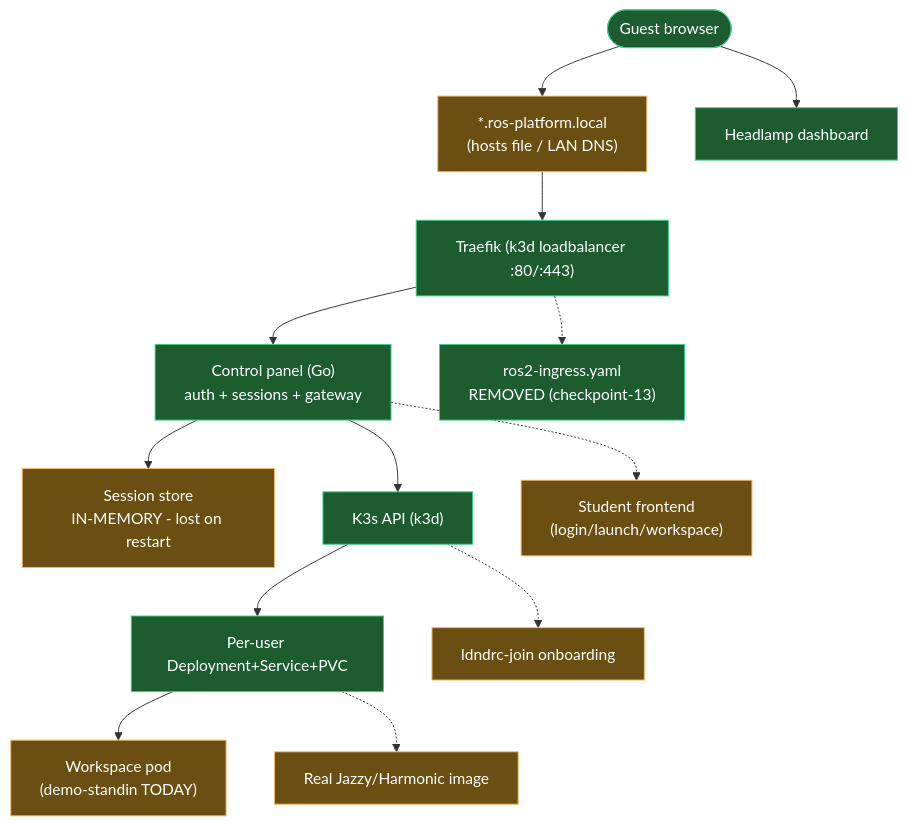
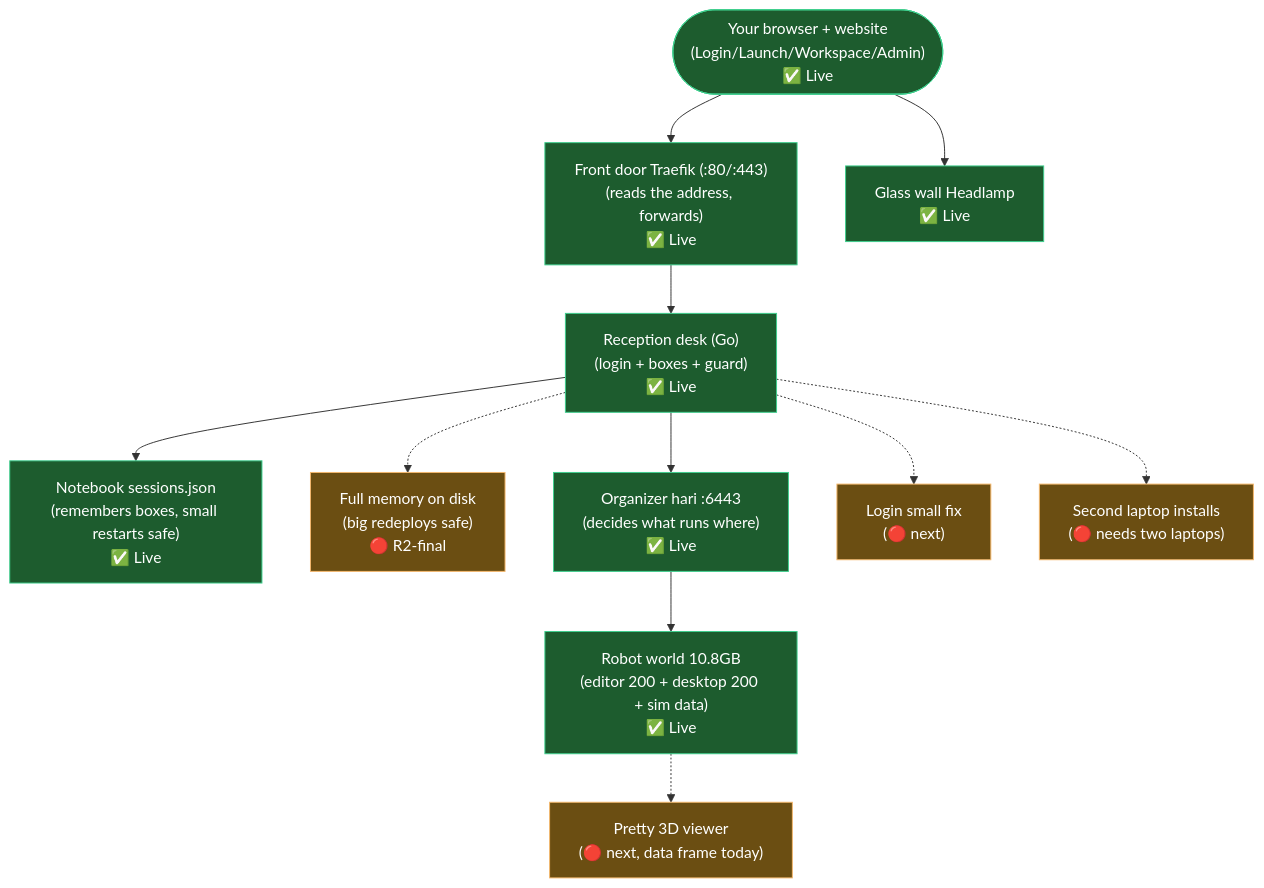
Before and after one commit to GITGUYX8/LDNDRC: the second of 2 diagrams in docs/roadmap.md, drawn with Mermaid. The commit also changed other lines of this file and 2 other files, not shown here.

````diff
--- a/docs/roadmap.md
+++ b/docs/roadmap.md
@@ -57,29 +52,26 @@
 ```mermaid
 flowchart TB
     classDef done fill:#1d5c2e,stroke:#3ecf8e,color:#fff
     classDef missing fill:#6b4e12,stroke:#f5b86c,color:#fff
-    classDef legacy fill:#5c1d1d,stroke:#f56c6c,color:#fff
 
-    Browser(["Guest browser"]):::done
-    DNS["*.ros-platform.local<br/>(hosts file / LAN DNS)"]:::missing
-    Traefik["Traefik (k3d loadbalancer :80/:443)"]:::done
-    CP["Control panel (Go)<br/>auth + sessions + gateway"]:::done
-    Store["Session store<br/>IN-MEMORY - lost on restart"]:::missing
-    K8s["K3s API (k3d)"]:::done
-    Sess["Per-user Deployment+Service+PVC"]:::done
-    WS["Workspace pod<br/>(demo-standin TODAY)"]:::missing
-    RealWS["Real Jazzy/Harmonic image"]:::missing
-    Head["Headlamp dashboard"]:::done
-    OldIng["ros2-ingress.yaml<br/>REMOVED (checkpoint-13)"]:::done
-    UI["Student frontend<br/>(login/launch/workspace)"]:::missing
-    Join["ldndrc-join onboarding"]:::missing
+    Browser(["Your browser + website<br/>(Login/Launch/Workspace/Admin)<br/>✅ Live"]):::done
+    Door["Front door Traefik (:80/:443)<br/>(reads the address, forwards)<br/>✅ Live"]:::done
+    Desk["Reception desk (Go)<br/>(login + boxes + guard)<br/>✅ Live"]:::done
+    Notebook["Notebook sessions.json<br/>(remembers boxes, small restarts safe)<br/>✅ Live"]:::done
+    Disk["Full memory on disk<br/>(big redeploys safe)<br/>🔴 R2-final"]:::missing
+    Org["Organizer hari :6443<br/>(decides what runs where)<br/>✅ Live"]:::done
+    World["Robot world 10.8GB<br/>(editor 200 + desktop 200 + sim data)<br/>✅ Live"]:::done
+    Viewer["Pretty 3D viewer<br/>(🔴 next, data frame today)"]:::missing
+    LoginFix["Login small fix<br/>(🔴 next)"]:::missing
+    Join["Second laptop installs<br/>(🔴 needs two laptops)"]:::missing
+    Glass["Glass wall Headlamp<br/>✅ Live"]:::done
 
-    Browser --> DNS --> Traefik --> CP
-    CP --> Store
-    CP --> K8s --> Sess --> WS
-    Sess -.-> RealWS
-    Browser --> Head
-    Traefik -.-> OldIng
-    CP -.-> UI
-    K8s -.-> Join
+    Browser --> Door --> Desk
+    Desk --> Notebook
+    Desk -.-> Disk
+    Desk --> Org --> World
+    World -.-> Viewer
+    Browser --> Glass
+    Desk -.-> Join
+    Desk -.-> LoginFix
 ```
````
